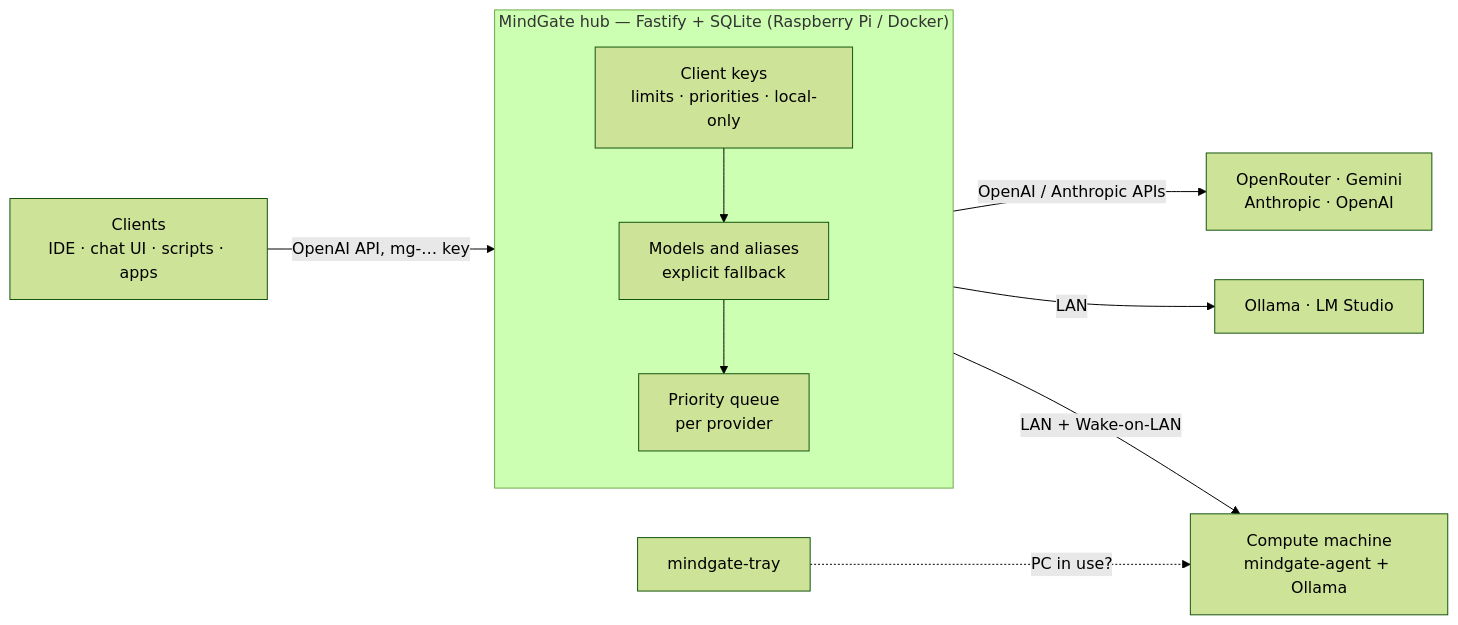
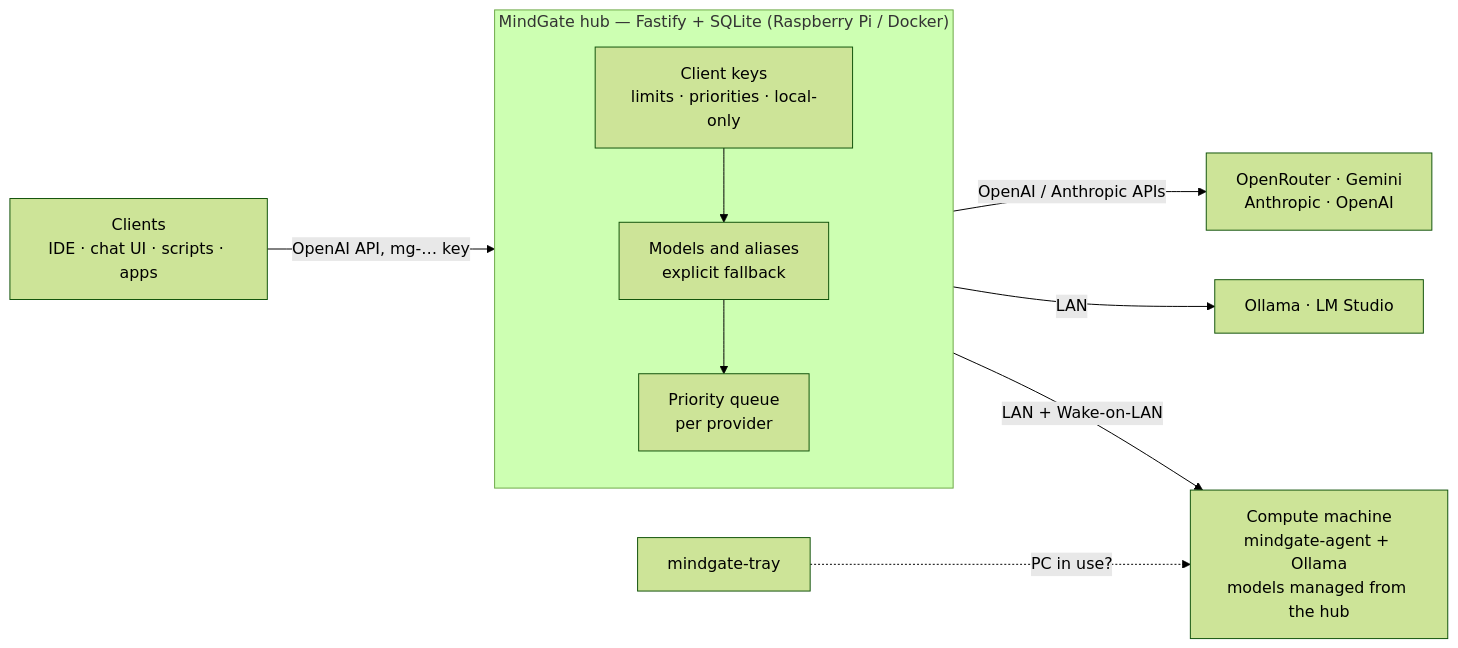
Before and after one commit to prod-explore/mindgate: the diagram in README.md, drawn with Mermaid (forest theme). The commit also changed other lines of this file and 80 other files, not shown here.

````diff
--- a/README.md
+++ b/README.md
@@ -20,15 +20,15 @@
 ```mermaid
 graph LR
     Client["Clients<br>IDE · chat UI · scripts · apps"] -->|"OpenAI API, mg-… key"| Hub
 
     subgraph Hub["MindGate hub — Fastify + SQLite (Raspberry Pi / Docker)"]
         direction TB
         Auth["Client keys<br>limits · priorities · local-only"] --> Router["Models and aliases<br>explicit fallback"]
         Router --> Queue["Priority queue<br>per provider"]
     end
 
     Queue -->|"OpenAI / Anthropic APIs"| Cloud["OpenRouter · Gemini<br>Anthropic · OpenAI"]
     Queue -->|"LAN"| Ollama["Ollama · LM Studio"]
-    Queue -->|"LAN + Wake-on-LAN"| Node["Compute machine<br>mindgate-agent + Ollama"]
+    Queue -->|"LAN + Wake-on-LAN"| Node["Compute machine<br>mindgate-agent + Ollama<br>models managed from the hub"]
     Tray["mindgate-tray"] -.->|"PC in use?"| Node
 ```
````
